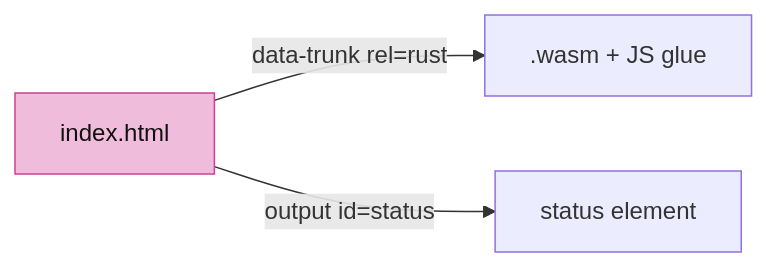
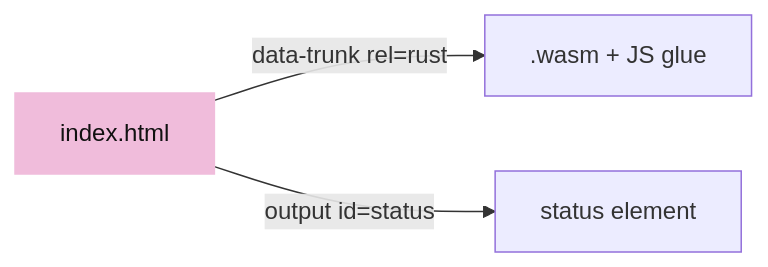
The fifth of 6 diagrams in session_viewer/docs/00-environment.md (petrasvestartas/session), drawn with Mermaid before and after one commit. The commit also changed other lines of this file and 324 other files, not shown here.

````diff
--- a/session_viewer/docs/00-environment.md
+++ b/session_viewer/docs/00-environment.md
@@ -91,6 +97,6 @@
 ```mermaid
 flowchart LR
     H["index.html"] -- "data-trunk rel=rust" --> W[".wasm + JS glue"]
     H -- "output id=status" --> S["status element"]
-    style H fill:#f0bcdb,stroke:#ce4095,color:#111
+    style H fill:#f0bcdb,stroke:#f0bcdb,color:#111
 ```
````
